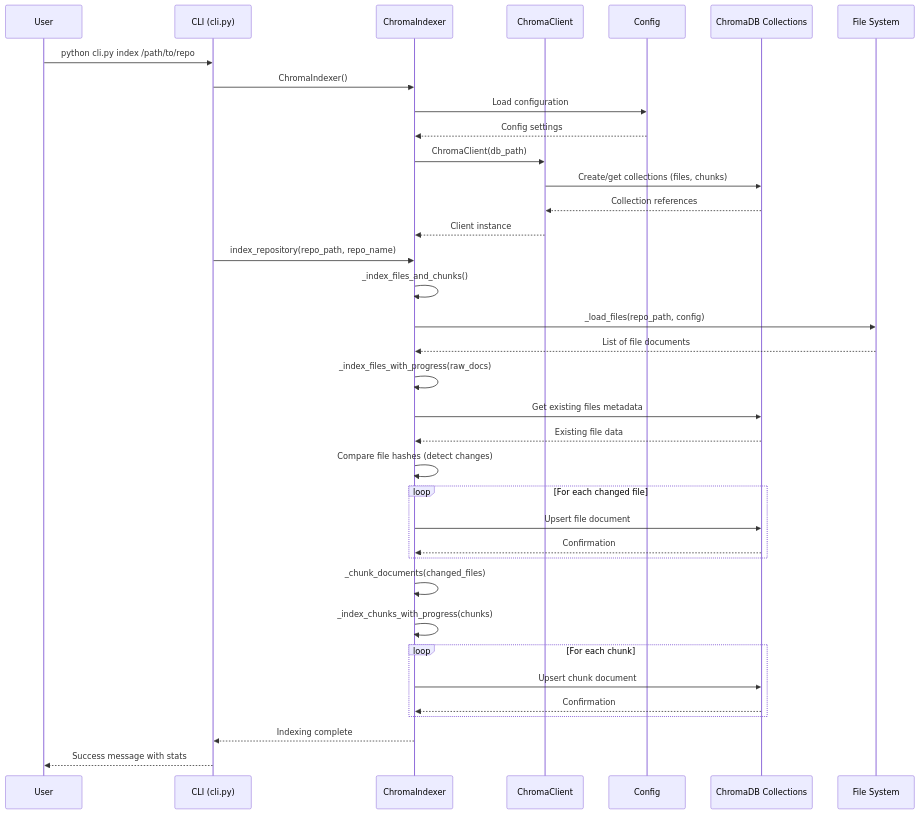
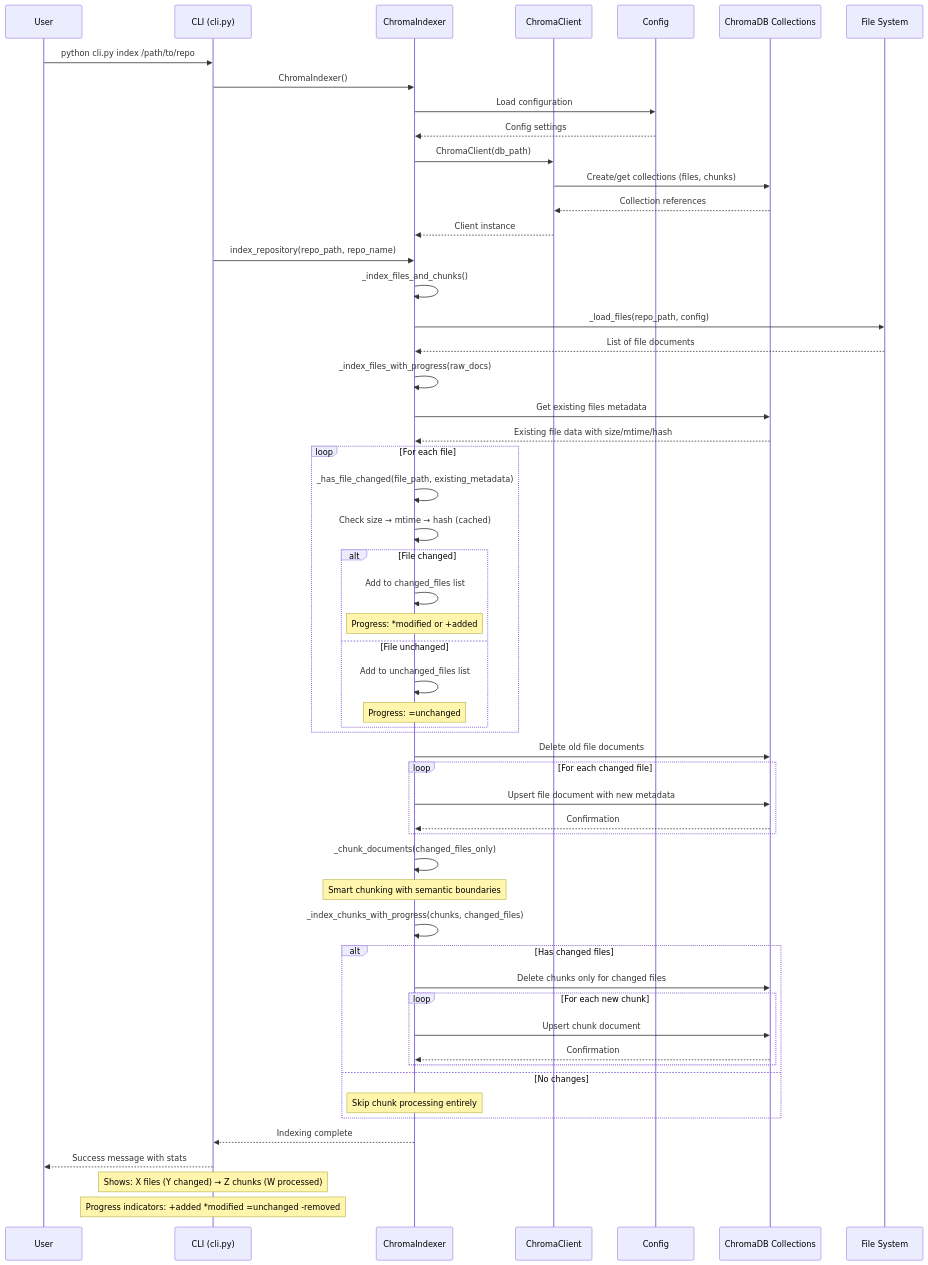
One commit to ramayac/code-chroma changed the first of 6 diagrams in docs/sequence-diagram.md. Above: the diagram before and after it, drawn with Mermaid. The commit also changed other lines of this file and 3 other files, not shown here.

Commit message:
feat: fine tuned chunk processing, overlap algo, chunk size validation, file hasing and progress bar, AI can do some things, but we humans make it better ;)

````diff
--- a/docs/sequence-diagram.md
+++ b/docs/sequence-diagram.md
@@ -10,45 +10,65 @@
 ```mermaid
 sequenceDiagram
     participant User
     participant CLI as CLI (cli.py)
     participant Indexer as ChromaIndexer
     participant Client as ChromaClient
     participant Config as Config
     participant ChromaDB as ChromaDB Collections
     participant FileSystem as File System
 
     User->>CLI: python cli.py index /path/to/repo
     CLI->>Indexer: ChromaIndexer()
     Indexer->>Config: Load configuration
     Config-->>Indexer: Config settings
     Indexer->>Client: ChromaClient(db_path)
     Client->>ChromaDB: Create/get collections (files, chunks)
     ChromaDB-->>Client: Collection references
     Client-->>Indexer: Client instance
     
     CLI->>Indexer: index_repository(repo_path, repo_name)
     Indexer->>Indexer: _index_files_and_chunks()
     Indexer->>FileSystem: _load_files(repo_path, config)
     FileSystem-->>Indexer: List of file documents
     
     Indexer->>Indexer: _index_files_with_progress(raw_docs)
     Indexer->>ChromaDB: Get existing files metadata
-    ChromaDB-->>Indexer: Existing file data
-    Indexer->>Indexer: Compare file hashes (detect changes)
+    ChromaDB-->>Indexer: Existing file data with size/mtime/hash
     
+    loop For each file
+        Indexer->>Indexer: _has_file_changed(file_path, existing_metadata)
+        Indexer->>Indexer: Check size → mtime → hash (cached)
+        alt File changed
+            Indexer->>Indexer: Add to changed_files list
+            Note over Indexer: Progress: *modified or +added
+        else File unchanged
+            Indexer->>Indexer: Add to unchanged_files list
+            Note over Indexer: Progress: =unchanged
+        end
+    end
+    
+    Indexer->>ChromaDB: Delete old file documents
     loop For each changed file
-        Indexer->>ChromaDB: Upsert file document
+        Indexer->>ChromaDB: Upsert file document with new metadata
         ChromaDB-->>Indexer: Confirmation
     end
     
-    Indexer->>Indexer: _chunk_documents(changed_files)
-    Indexer->>Indexer: _index_chunks_with_progress(chunks)
+    Indexer->>Indexer: _chunk_documents(changed_files_only)
+    Note over Indexer: Smart chunking with semantic boundaries
+    Indexer->>Indexer: _index_chunks_with_progress(chunks, changed_files)
     
-    loop For each chunk
-        Indexer->>ChromaDB: Upsert chunk document
-        ChromaDB-->>Indexer: Confirmation
+    alt Has changed files
+        Indexer->>ChromaDB: Delete chunks only for changed files
+        loop For each new chunk
+            Indexer->>ChromaDB: Upsert chunk document
+            ChromaDB-->>Indexer: Confirmation
+        end
+    else No changes
+        Note over Indexer: Skip chunk processing entirely
     end
     
     Indexer-->>CLI: Indexing complete
     CLI-->>User: Success message with stats
+    Note over CLI: Shows: X files (Y changed) → Z chunks (W processed)
+    Note over CLI: Progress indicators: +added *modified =unchanged -removed
 ```
````
